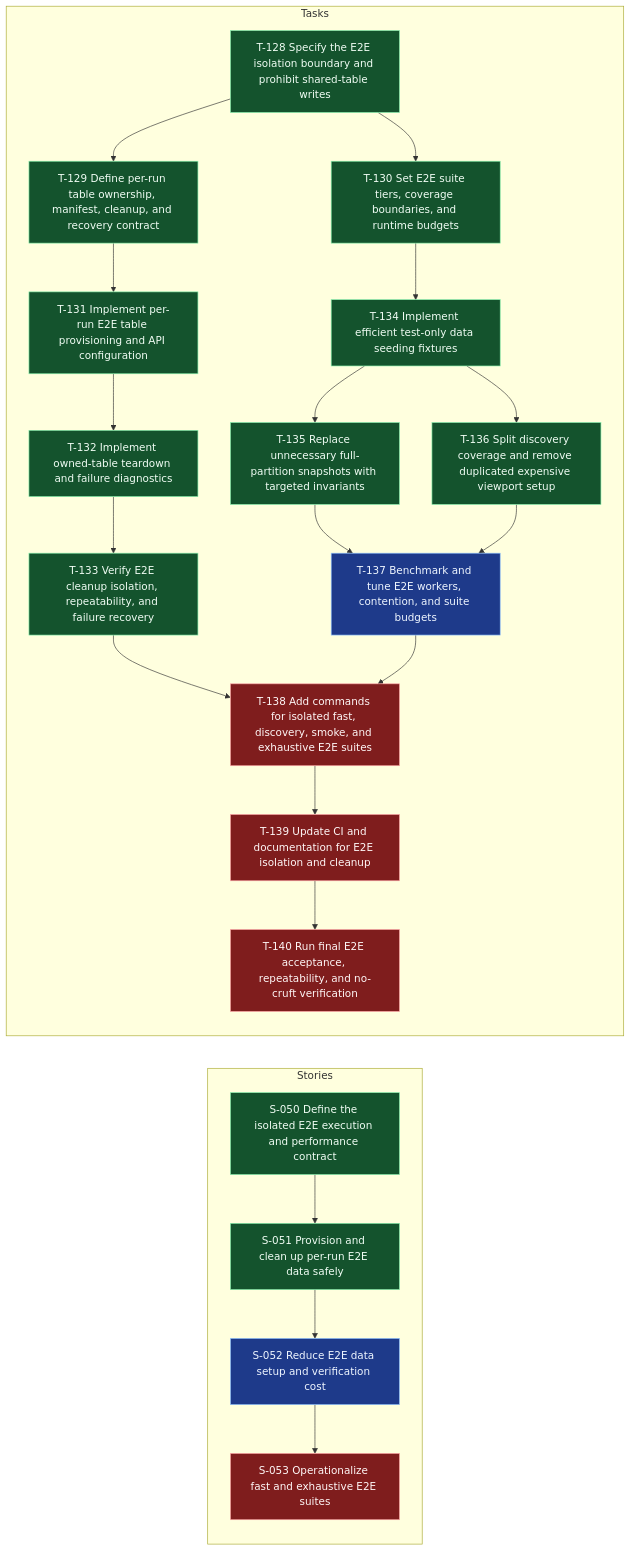
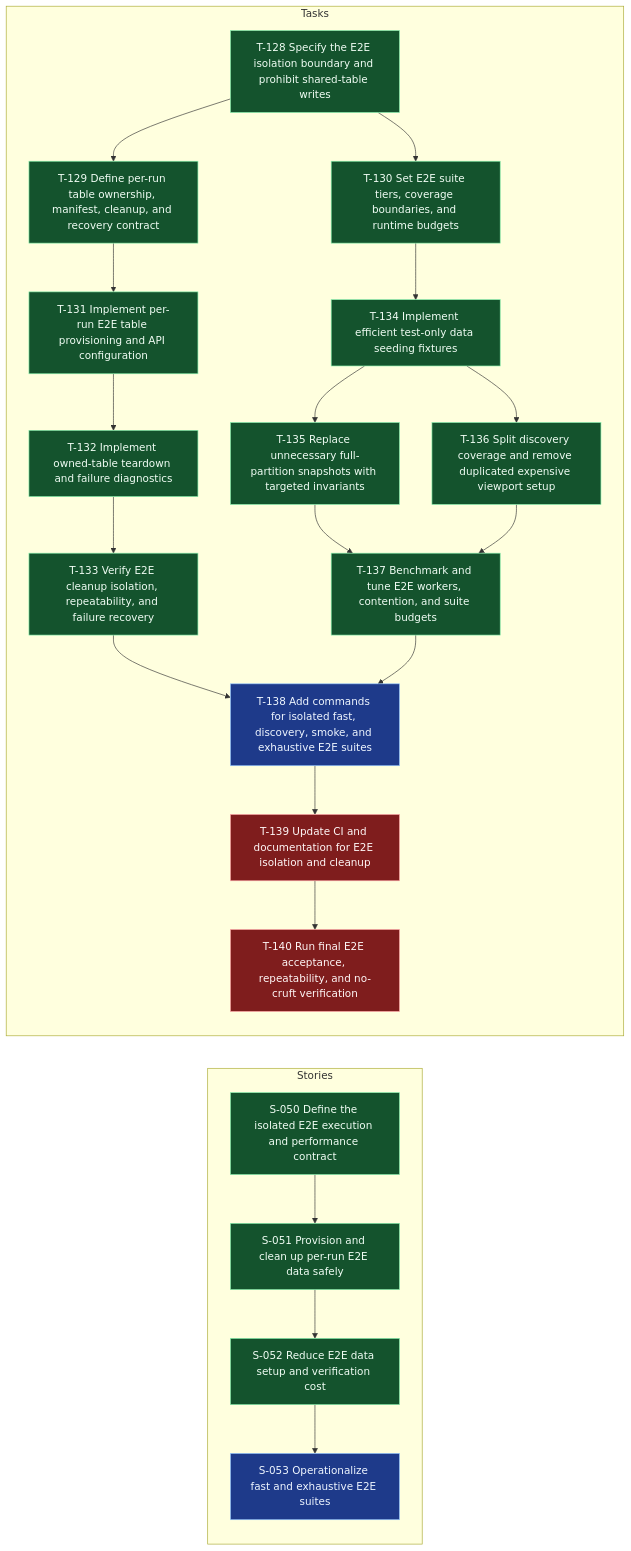
One commit to andybalham/invite-agent changed the diagram in .worktracker/graphs/E-014.mmd. Above: the diagram before and after it, drawn with Mermaid. The commit also changed 11 other files, not shown here.

Commit message:
feat(e2e): benchmark and tune E2E workers, update suite budgets and configurations

```diff
--- a/.worktracker/graphs/E-014.mmd
+++ b/.worktracker/graphs/E-014.mmd
@@ -1,61 +1,61 @@
 graph LR
   classDef done fill:#14532d,stroke:#86efac,color:#f0fdf4;
   classDef blocked fill:#7f1d1d,stroke:#fca5a5,color:#fff7f7;
   classDef inprogress fill:#78350f,stroke:#fbbf24,color:#fffbeb;
   classDef todo fill:#1e3a8a,stroke:#93c5fd,color:#eff6ff;
   classDef empty fill:#374151,stroke:#d1d5db,color:#f9fafb,stroke-dasharray: 3 3;
   subgraph Stories
     S050["S-050 Define the isolated E2E execution and performance contract"]:::done
     S051["S-051 Provision and clean up per-run E2E data safely"]:::done
-    S052["S-052 Reduce E2E data setup and verification cost"]:::todo
-    S053["S-053 Operationalize fast and exhaustive E2E suites"]:::blocked
+    S052["S-052 Reduce E2E data setup and verification cost"]:::done
+    S053["S-053 Operationalize fast and exhaustive E2E suites"]:::todo
     S050 --> S051
     S051 --> S052
     S052 --> S053
   end
   subgraph Tasks
     T128["T-128 Specify the E2E isolation boundary and prohibit shared-table writes"]:::done
     T129["T-129 Define per-run table ownership, manifest, cleanup, and recovery contract"]:::done
     T130["T-130 Set E2E suite tiers, coverage boundaries, and runtime budgets"]:::done
     T131["T-131 Implement per-run E2E table provisioning and API configuration"]:::done
     T132["T-132 Implement owned-table teardown and failure diagnostics"]:::done
     T133["T-133 Verify E2E cleanup isolation, repeatability, and failure recovery"]:::done
     T134["T-134 Implement efficient test-only data seeding fixtures"]:::done
     T135["T-135 Replace unnecessary full-partition snapshots with targeted invariants"]:::done
     T136["T-136 Split discovery coverage and remove duplicated expensive viewport setup"]:::done
-    T137["T-137 Benchmark and tune E2E workers, contention, and suite budgets"]:::todo
-    T138["T-138 Add commands for isolated fast, discovery, smoke, and exhaustive E2E suites"]:::blocked
+    T137["T-137 Benchmark and tune E2E workers, contention, and suite budgets"]:::done
+    T138["T-138 Add commands for isolated fast, discovery, smoke, and exhaustive E2E suites"]:::todo
     T139["T-139 Update CI and documentation for E2E isolation and cleanup"]:::blocked
     T140["T-140 Run final E2E acceptance, repeatability, and no-cruft verification"]:::blocked
     T128 --> T129
     T128 --> T130
     T129 --> T131
     T130 --> T134
     T131 --> T132
     T132 --> T133
     T133 --> T138
     T134 --> T135
     T134 --> T136
     T135 --> T137
     T136 --> T137
     T137 --> T138
     T138 --> T139
     T139 --> T140
   end
   click S050 "../entities/S-050-define-the-isolated-e2e-execution-and-performance-contract.md"
   click S051 "../entities/S-051-provision-and-clean-up-per-run-e2e-data-safely.md"
   click S052 "../entities/S-052-reduce-e2e-data-setup-and-verification-cost.md"
   click S053 "../entities/S-053-operationalize-fast-and-exhaustive-e2e-suites.md"
   click T128 "../entities/T-128-specify-the-e2e-isolation-boundary-and-prohibit-shared-table-writes.md"
   click T129 "../entities/T-129-define-per-run-table-ownership-manifest-cleanup-and-recovery-contract.md"
   click T130 "../entities/T-130-set-e2e-suite-tiers-coverage-boundaries-and-runtime-budgets.md"
   click T131 "../entities/T-131-implement-per-run-e2e-table-provisioning-and-api-configuration.md"
   click T132 "../entities/T-132-implement-owned-table-teardown-and-failure-diagnostics.md"
   click T133 "../entities/T-133-verify-e2e-cleanup-isolation-repeatability-and-failure-recovery.md"
   click T134 "../entities/T-134-implement-efficient-test-only-data-seeding-fixtures.md"
   click T135 "../entities/T-135-replace-unnecessary-full-partition-snapshots-with-targeted-invariants.md"
   click T136 "../entities/T-136-split-discovery-coverage-and-remove-duplicated-expensive-viewport-setup.md"
   click T137 "../entities/T-137-benchmark-and-tune-e2e-workers-contention-and-suite-budgets.md"
   click T138 "../entities/T-138-add-commands-for-isolated-fast-discovery-smoke-and-exhaustive-e2e-suites.md"
   click T139 "../entities/T-139-update-ci-and-documentation-for-e2e-isolation-and-cleanup.md"
   click T140 "../entities/T-140-run-final-e2e-acceptance-repeatability-and-no-cruft-verification.md"
```
